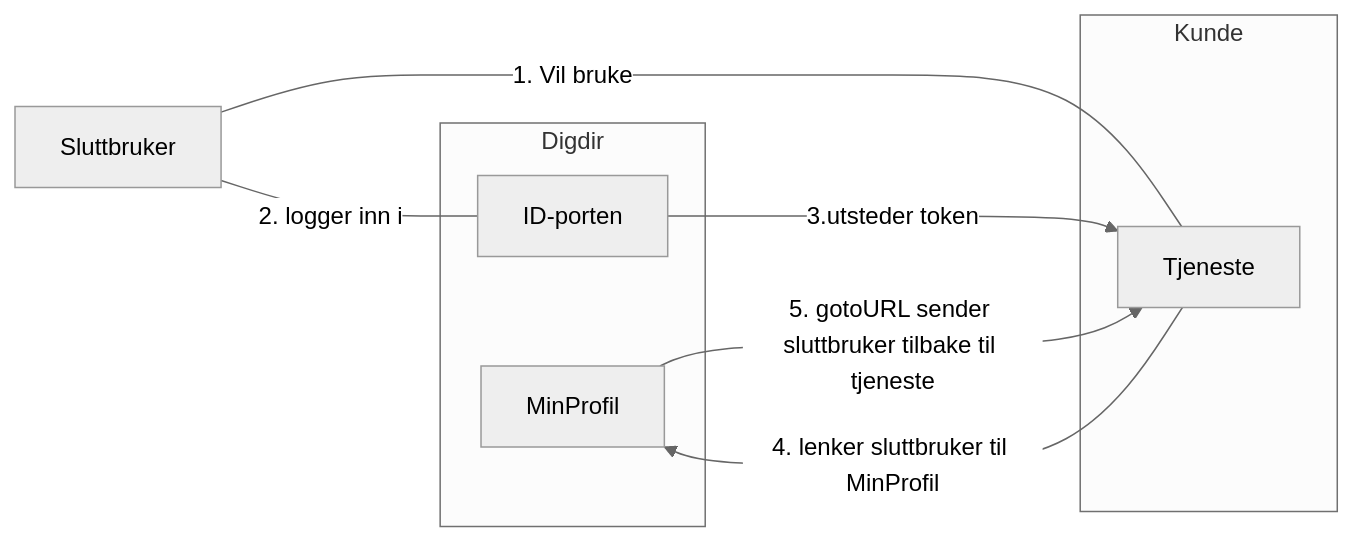
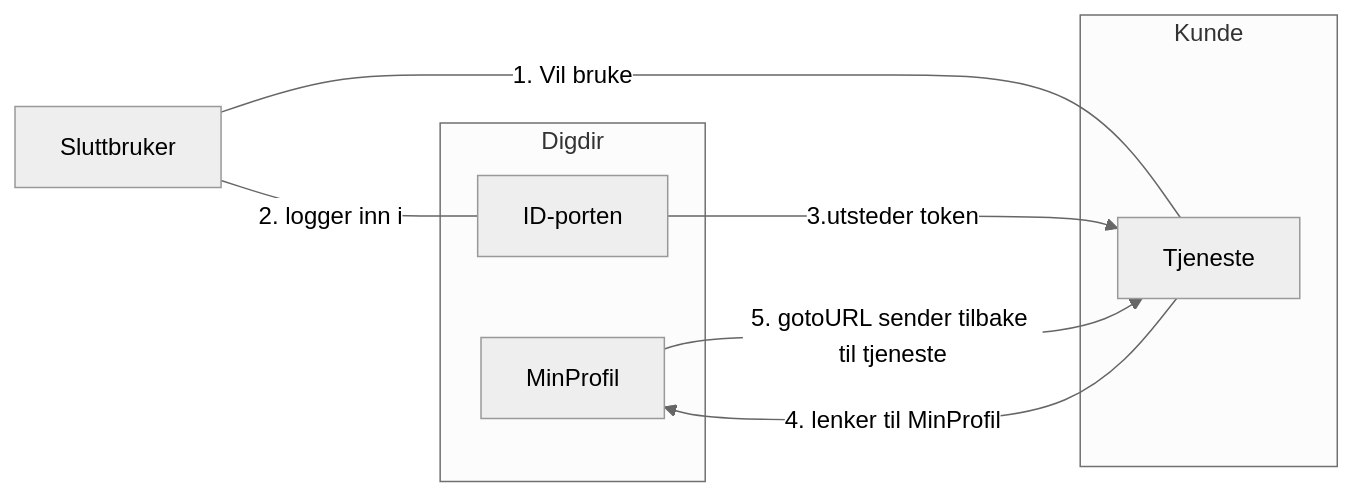
One commit to felleslosninger/docs changed the third of 3 diagrams in _docs/Kontaktregisteret/krr_arkitektur.md. Above: the diagram before and after it, drawn with Mermaid (neutral theme). The commit also changed other lines of this file, not shown here.

```diff
--- a/_docs/Kontaktregisteret/krr_arkitektur.md
+++ b/_docs/Kontaktregisteret/krr_arkitektur.md
@@ -58,17 +58,17 @@
  <div class="mermaid">
  graph LR
    subgraph Digdir
      MinProfil[MinProfil]
    end
    subgraph Digdir
      OIDC[ID-porten]
    end
    subgraph Kunde
       ny[Tjeneste]
    end
    Sluttbruker ---|1. Vil bruke|ny
    OIDC -->|3.utsteder token|ny
    Sluttbruker ---|2. logger inn i  |OIDC
-   ny -->|4. lenker sluttbruker til MinProfil|MinProfil
-   MinProfil -->|5. gotoURL sender sluttbruker tilbake til tjeneste |ny
+   ny -->|4. lenker til MinProfil|MinProfil
+   MinProfil -->|5. gotoURL sender tilbake til tjeneste |ny
  </div>
```
